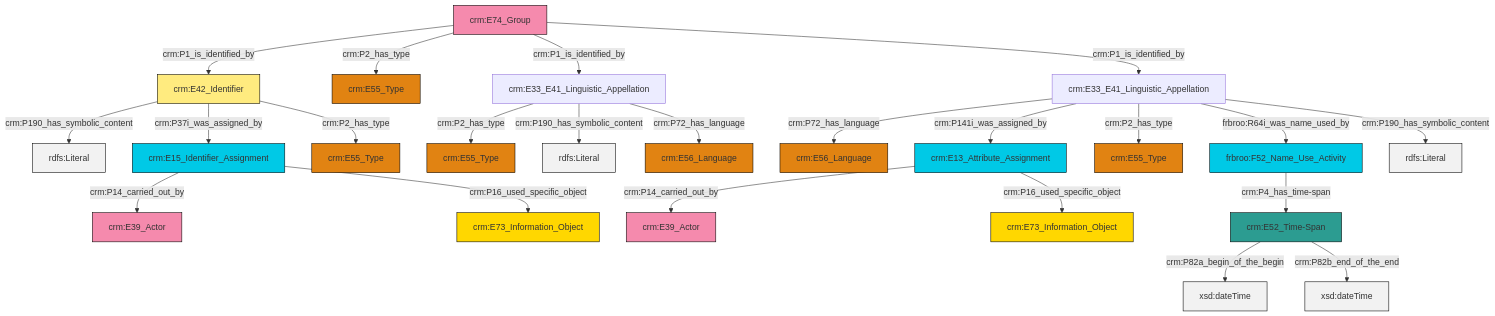
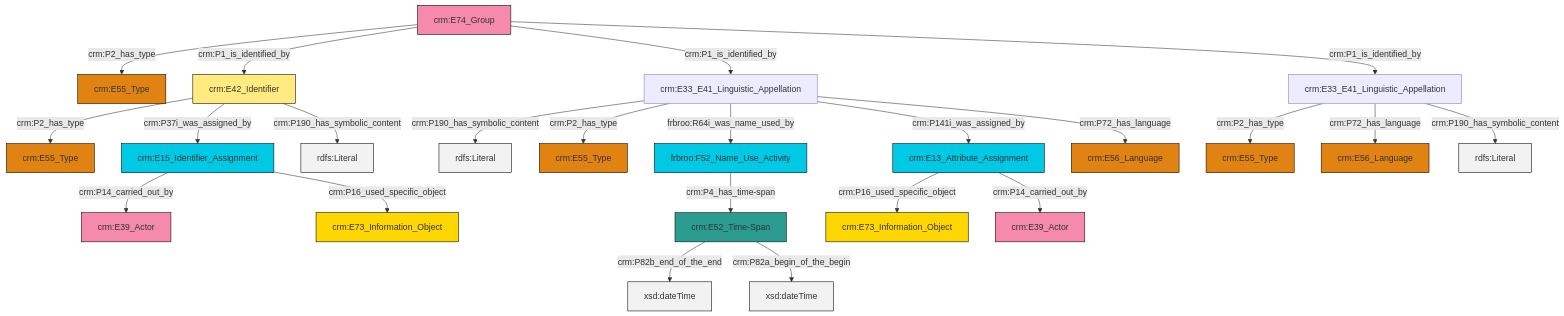
The diagram in et/groupCSV/ttl/mmd/group_name.ttl.mmd (swiss-art-research-net/docs.swissartresearch), drawn with Mermaid before and after one commit. The commit also changed 177 other files, not shown here.

```diff
--- a/et/groupCSV/ttl/mmd/group_name.ttl.mmd
+++ b/et/groupCSV/ttl/mmd/group_name.ttl.mmd
@@ -1,37 +1,37 @@
 graph TD
 classDef Literal fill:#f2f2f2,stroke:#000000;
 classDef CRM_Entity fill:#FFFFFF,stroke:#000000;
 classDef Temporal_Entity fill:#00C9E6, stroke:#000000;
 classDef Type fill:#E18312, stroke:#000000;
 classDef Time-Span fill:#2C9C91, stroke:#000000;
 classDef Appellation fill:#FFEB7F, stroke:#000000;
 classDef Place fill:#008836, stroke:#000000;
 classDef Persistent_Item fill:#B266B2, stroke:#000000;
 classDef Conceptual_Object fill:#FFD700, stroke:#000000;
 classDef Physical_Thing fill:#D2B48C, stroke:#000000;
 classDef Actor fill:#f58aad, stroke:#000000;
 classDef PC_Classes fill:#4ce600, stroke:#000000;
 classDef Multi fill:#cccccc,stroke:#000000;
 
-0["crm:E15_Identifier_Assignment"]:::Temporal_Entity -->|crm:P14_carried_out_by| 1["crm:E39_Actor"]:::Actor
-2["crm:E33_E41_Linguistic_Appellation"]:::Default -->|crm:P2_has_type| 3["crm:E55_Type"]:::Type
-6["crm:E74_Group"]:::Actor -->|crm:P1_is_identified_by| 7["crm:E42_Identifier"]:::Appellation
-8["crm:E13_Attribute_Assignment"]:::Temporal_Entity -->|crm:P14_carried_out_by| 9["crm:E39_Actor"]:::Actor
-7["crm:E42_Identifier"]:::Appellation -->|crm:P190_has_symbolic_content| 10[rdfs:Literal]:::Literal
-15["crm:E52_Time-Span"]:::Time-Span -->|crm:P82a_begin_of_the_begin| 16[xsd:dateTime]:::Literal
-8["crm:E13_Attribute_Assignment"]:::Temporal_Entity -->|crm:P16_used_specific_object| 19["crm:E73_Information_Object"]:::Conceptual_Object
-6["crm:E74_Group"]:::Actor -->|crm:P2_has_type| 20["crm:E55_Type"]:::Type
-7["crm:E42_Identifier"]:::Appellation -->|crm:P37i_was_assigned_by| 0["crm:E15_Identifier_Assignment"]:::Temporal_Entity
-21["frbroo:F52_Name_Use_Activity"]:::Temporal_Entity -->|crm:P4_has_time-span| 15["crm:E52_Time-Span"]:::Time-Span
-2["crm:E33_E41_Linguistic_Appellation"]:::Default -->|crm:P190_has_symbolic_content| 22[rdfs:Literal]:::Literal
-0["crm:E15_Identifier_Assignment"]:::Temporal_Entity -->|crm:P16_used_specific_object| 25["crm:E73_Information_Object"]:::Conceptual_Object
-26["crm:E33_E41_Linguistic_Appellation"]:::Default -->|crm:P72_has_language| 17["crm:E56_Language"]:::Type
-6["crm:E74_Group"]:::Actor -->|crm:P1_is_identified_by| 2["crm:E33_E41_Linguistic_Appellation"]:::Default
-26["crm:E33_E41_Linguistic_Appellation"]:::Default -->|crm:P141i_was_assigned_by| 8["crm:E13_Attribute_Assignment"]:::Temporal_Entity
-2["crm:E33_E41_Linguistic_Appellation"]:::Default -->|crm:P72_has_language| 29["crm:E56_Language"]:::Type
-7["crm:E42_Identifier"]:::Appellation -->|crm:P2_has_type| 4["crm:E55_Type"]:::Type
-6["crm:E74_Group"]:::Actor -->|crm:P1_is_identified_by| 26["crm:E33_E41_Linguistic_Appellation"]:::Default
-15["crm:E52_Time-Span"]:::Time-Span -->|crm:P82b_end_of_the_end| 33[xsd:dateTime]:::Literal
-26["crm:E33_E41_Linguistic_Appellation"]:::Default -->|crm:P2_has_type| 11["crm:E55_Type"]:::Type
-26["crm:E33_E41_Linguistic_Appellation"]:::Default -->|frbroo:R64i_was_name_used_by| 21["frbroo:F52_Name_Use_Activity"]:::Temporal_Entity
-26["crm:E33_E41_Linguistic_Appellation"]:::Default -->|crm:P190_has_symbolic_content| 41[rdfs:Literal]:::Literal
+0["crm:E42_Identifier"]:::Appellation -->|crm:P2_has_type| 1["crm:E55_Type"]:::Type
+2["crm:E33_E41_Linguistic_Appellation"]:::Default -->|crm:P190_has_symbolic_content| 3[rdfs:Literal]:::Literal
+0["crm:E42_Identifier"]:::Appellation -->|crm:P37i_was_assigned_by| 5["crm:E15_Identifier_Assignment"]:::Temporal_Entity
+6["crm:E33_E41_Linguistic_Appellation"]:::Default -->|crm:P2_has_type| 7["crm:E55_Type"]:::Type
+12["crm:E52_Time-Span"]:::Time-Span -->|crm:P82b_end_of_the_end| 13[xsd:dateTime]:::Literal
+2["crm:E33_E41_Linguistic_Appellation"]:::Default -->|crm:P2_has_type| 14["crm:E55_Type"]:::Type
+2["crm:E33_E41_Linguistic_Appellation"]:::Default -->|frbroo:R64i_was_name_used_by| 15["frbroo:F52_Name_Use_Activity"]:::Temporal_Entity
+12["crm:E52_Time-Span"]:::Time-Span -->|crm:P82a_begin_of_the_begin| 16[xsd:dateTime]:::Literal
+8["crm:E74_Group"]:::Actor -->|crm:P2_has_type| 23["crm:E55_Type"]:::Type
+8["crm:E74_Group"]:::Actor -->|crm:P1_is_identified_by| 0["crm:E42_Identifier"]:::Appellation
+8["crm:E74_Group"]:::Actor -->|crm:P1_is_identified_by| 2["crm:E33_E41_Linguistic_Appellation"]:::Default
+5["crm:E15_Identifier_Assignment"]:::Temporal_Entity -->|crm:P14_carried_out_by| 10["crm:E39_Actor"]:::Actor
+6["crm:E33_E41_Linguistic_Appellation"]:::Default -->|crm:P72_has_language| 29["crm:E56_Language"]:::Type
+2["crm:E33_E41_Linguistic_Appellation"]:::Default -->|crm:P141i_was_assigned_by| 24["crm:E13_Attribute_Assignment"]:::Temporal_Entity
+6["crm:E33_E41_Linguistic_Appellation"]:::Default -->|crm:P190_has_symbolic_content| 31[rdfs:Literal]:::Literal
+15["frbroo:F52_Name_Use_Activity"]:::Temporal_Entity -->|crm:P4_has_time-span| 12["crm:E52_Time-Span"]:::Time-Span
+24["crm:E13_Attribute_Assignment"]:::Temporal_Entity -->|crm:P16_used_specific_object| 32["crm:E73_Information_Object"]:::Conceptual_Object
+24["crm:E13_Attribute_Assignment"]:::Temporal_Entity -->|crm:P14_carried_out_by| 19["crm:E39_Actor"]:::Actor
+5["crm:E15_Identifier_Assignment"]:::Temporal_Entity -->|crm:P16_used_specific_object| 33["crm:E73_Information_Object"]:::Conceptual_Object
+2["crm:E33_E41_Linguistic_Appellation"]:::Default -->|crm:P72_has_language| 34["crm:E56_Language"]:::Type
+0["crm:E42_Identifier"]:::Appellation -->|crm:P190_has_symbolic_content| 38[rdfs:Literal]:::Literal
+8["crm:E74_Group"]:::Actor -->|crm:P1_is_identified_by| 6["crm:E33_E41_Linguistic_Appellation"]:::Default
```
